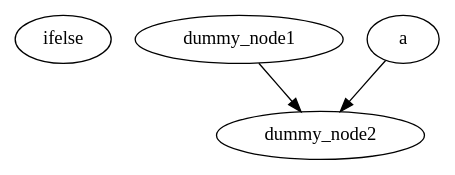
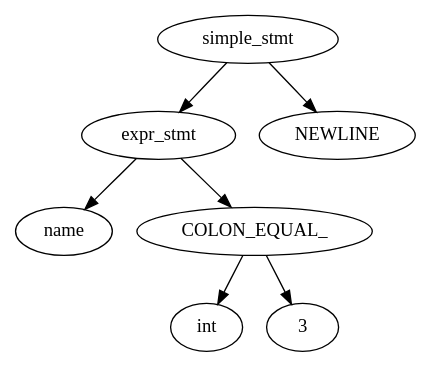
The diagram in ast-example.dot (pranjalsingh4550/the-manhatthon-project), drawn with Graphviz before and after one commit. The commit also changed 6 other files, not shown here.

```diff
--- a/ast-example.dot
+++ b/ast-example.dot
@@ -1,9 +1,17 @@
 // THIS IS A TEMPLATE FOR DOT
 
 strict digraph ast {
-	ifelse [label=ifelse];
-	b [label=dummy_node1];
-	a -> node2 ;
-	node2 [label=dummy_node2];
-	b -> node2 ;
+	node0 [label=name];
+	node1 [label=int];
+	node2 [label=3];
+	node3 [label=COLON_EQUAL_];
+	node3 -> node2;
+	node3 -> node1;
+	node4 [label=expr_stmt];
+	node4 -> node0;
+	node4 -> node3;
+	node5 [label=NEWLINE];
+	node6 [label=simple_stmt];
+	node6 -> node4;
+	node6 -> node5;
 }
```
